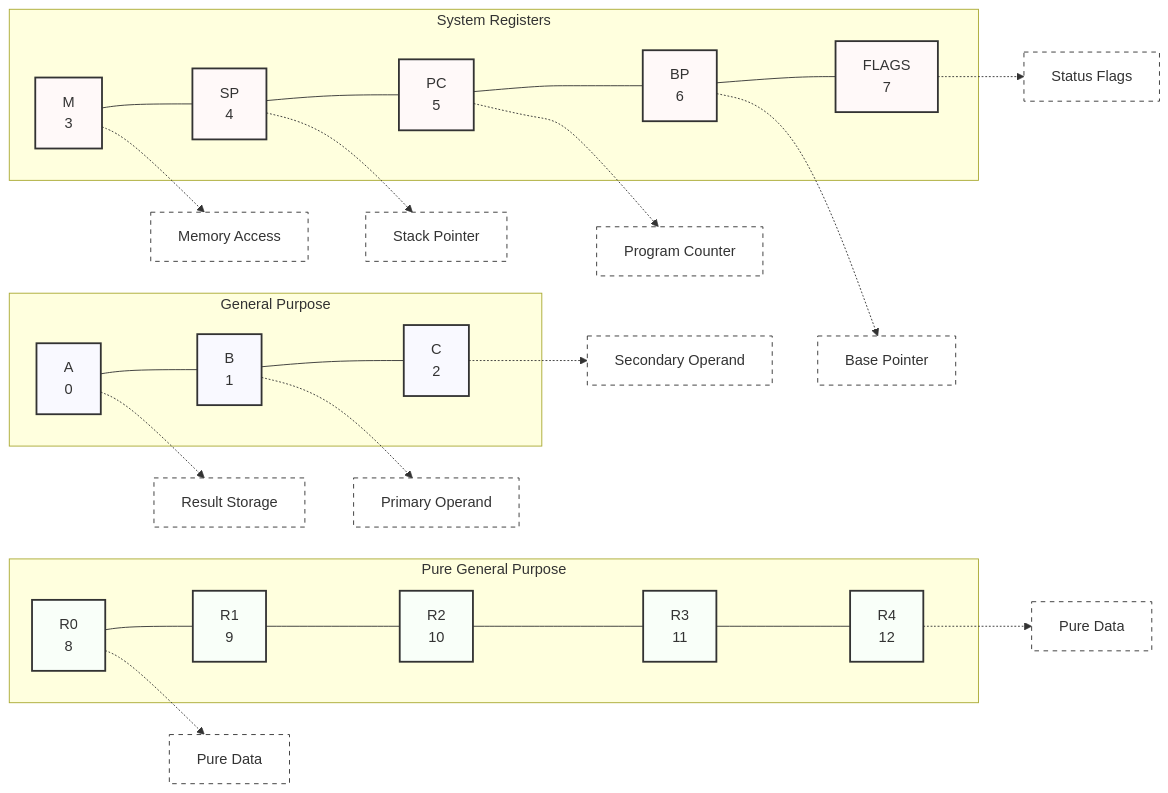
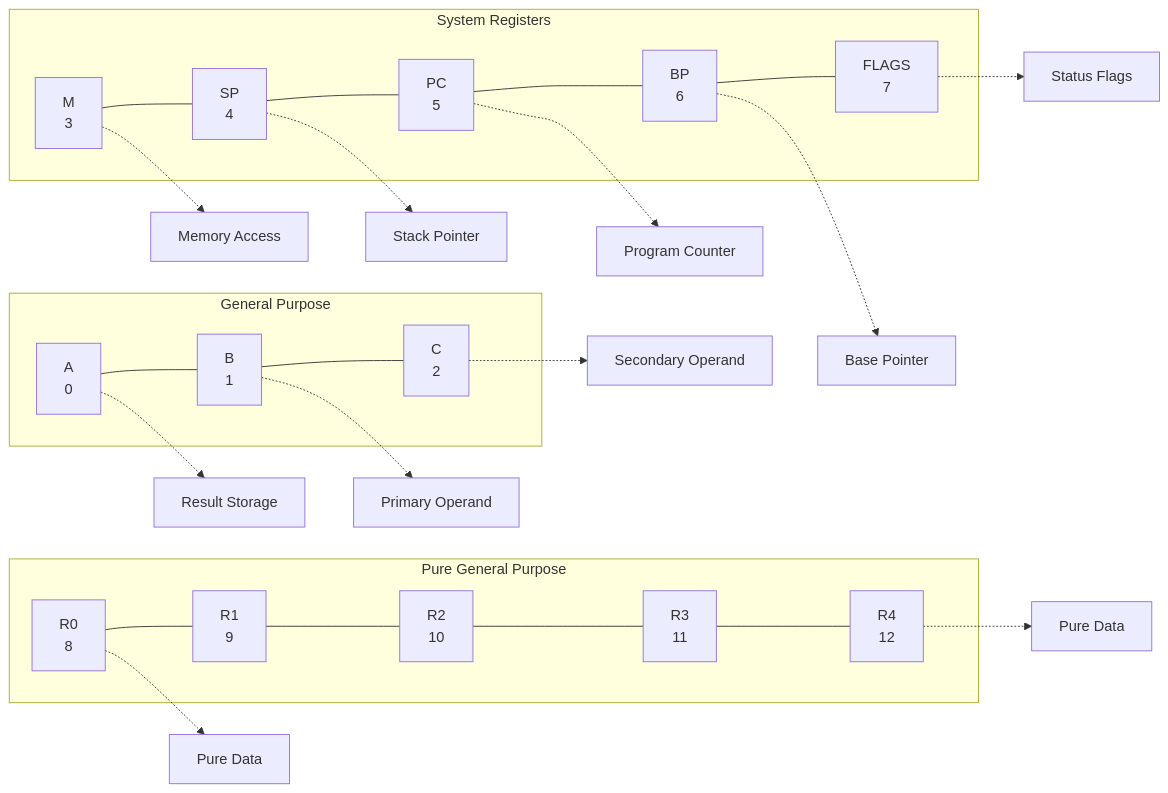
One commit to dtg-lucifer/16bit-vm-rust changed the first of 5 diagrams in README.md. Above: the diagram before and after it, drawn with Mermaid. The commit also changed other lines of this file, not shown here.

````diff
--- a/README.md
+++ b/README.md
@@ -51,42 +51,34 @@
 ```mermaid
 graph LR
     subgraph "General Purpose"
         A[A<br>0] --- B[B<br>1]
         B --- C[C<br>2]
     end
 
     subgraph "System Registers"
         M[M<br>3] --- SP[SP<br>4]
         SP --- PC[PC<br>5]
         PC --- BP[BP<br>6]
         BP --- FLAGS[FLAGS<br>7]
     end
 
     subgraph "Pure General Purpose"
         R0[R0<br>8] --- R1[R1<br>9]
         R1 --- R2[R2<br>10]
         R2 --- R3[R3<br>11]
         R3 --- R4[R4<br>12]
     end
 
     A -.-> I[Result Storage]
     B -.-> J[Primary Operand]
     C -.-> K[Secondary Operand]
     M -.-> L[Memory Access]
     SP -.-> P[Stack Pointer]
     PC -.-> Q[Program Counter]
     BP -.-> R[Base Pointer]
     FLAGS -.-> S[Status Flags]
     R0 -.-> T[Pure Data]
     R4 -.-> U[Pure Data]
 
-    classDef general fill:#f9f9ff,stroke:#333,stroke-width:2px;
-    classDef system fill:#fff9f9,stroke:#333,stroke-width:2px;
-    classDef pure fill:#f9fff9,stroke:#333,stroke-width:2px;
-    classDef function fill:#ffffff,stroke:#333,stroke-width:1px,stroke-dasharray: 5 5;
-
-    class A,B,C general;
-    class M,SP,PC,BP,FLAGS system;
-    class R0,R1,R2,R3,R4 pure;
-    class I,J,K,L,P,Q,R,S,T,U function;
+    classDef function stroke-dasharray: 5 5;
 ```
````
